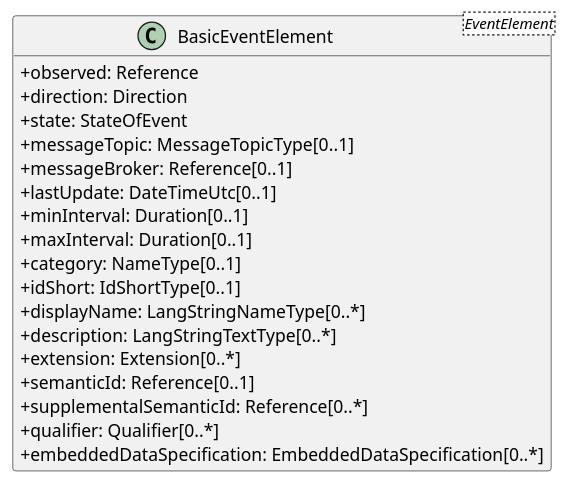
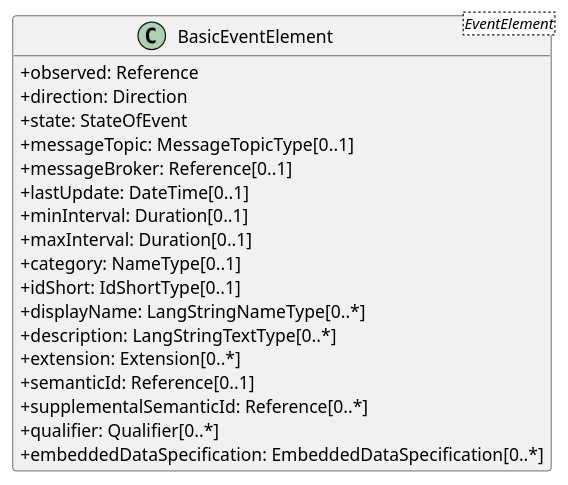
The diagram in output/classes/BasicEventElement.puml (zrgt/py2puml), drawn with PlantUML before and after one commit. The commit also changed 7 other files, not shown here.

Commit message:
Rename "DateTimeUtc" to "DateTime"

```diff
--- a/output/classes/BasicEventElement.puml
+++ b/output/classes/BasicEventElement.puml
@@ -1,24 +1,24 @@
 @startuml
 skinparam classAttributeIconSize 0
 hide methods
 
 class BasicEventElement<EventElement> {
   +observed: Reference 
   +direction: Direction 
   +state: StateOfEvent 
   +messageTopic: MessageTopicType[0..1] 
   +messageBroker: Reference[0..1] 
-  +lastUpdate: DateTimeUtc[0..1] 
+  +lastUpdate: DateTime[0..1] 
   +minInterval: Duration[0..1] 
   +maxInterval: Duration[0..1] 
   +category: NameType[0..1] 
   +idShort: IdShortType[0..1] 
   +displayName: LangStringNameType[0..*] 
   +description: LangStringTextType[0..*] 
   +extension: Extension[0..*] 
   +semanticId: Reference[0..1] 
   +supplementalSemanticId: Reference[0..*] 
   +qualifier: Qualifier[0..*] 
   +embeddedDataSpecification: EmbeddedDataSpecification[0..*] 
 }
 @enduml
```
